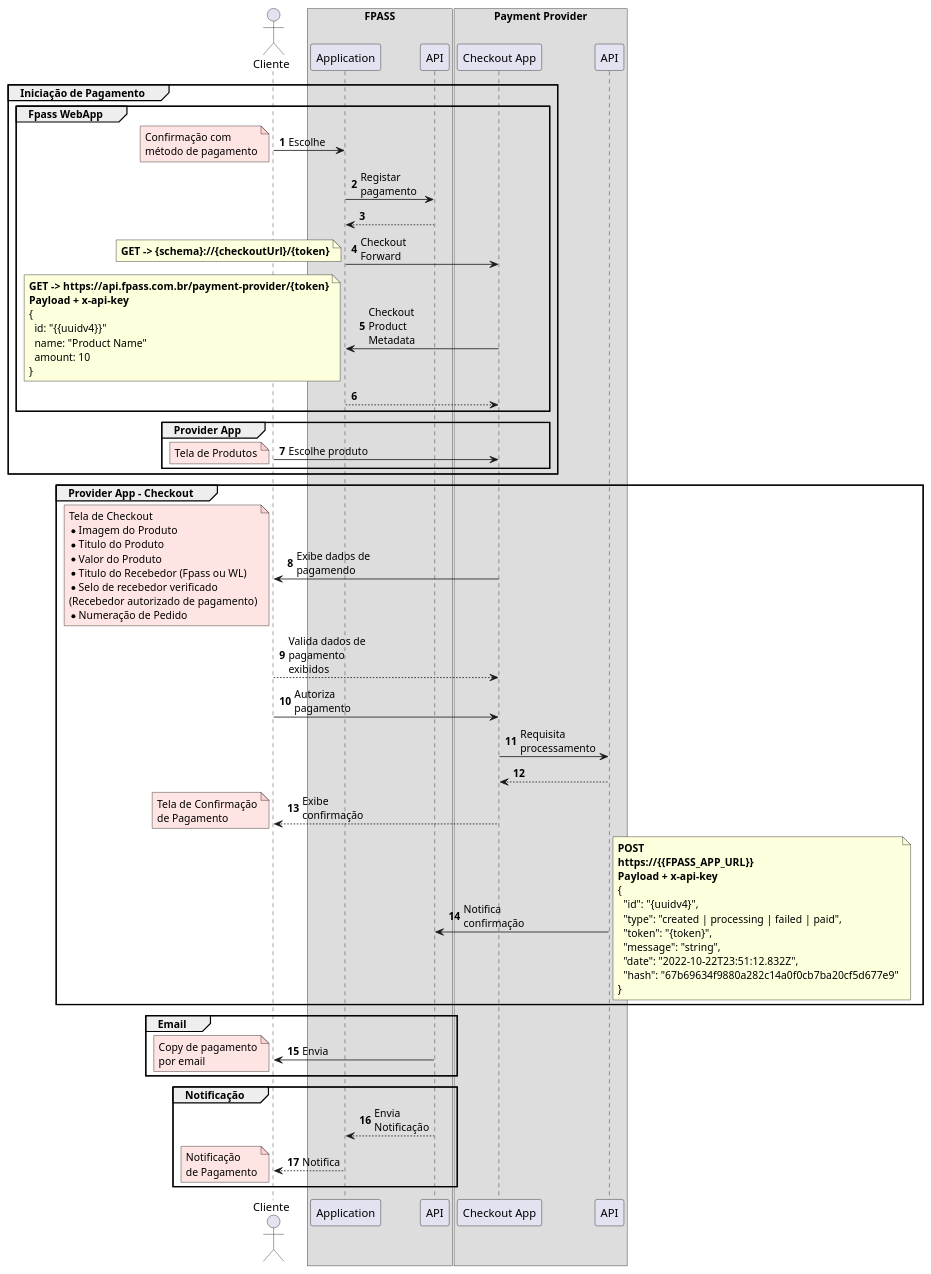
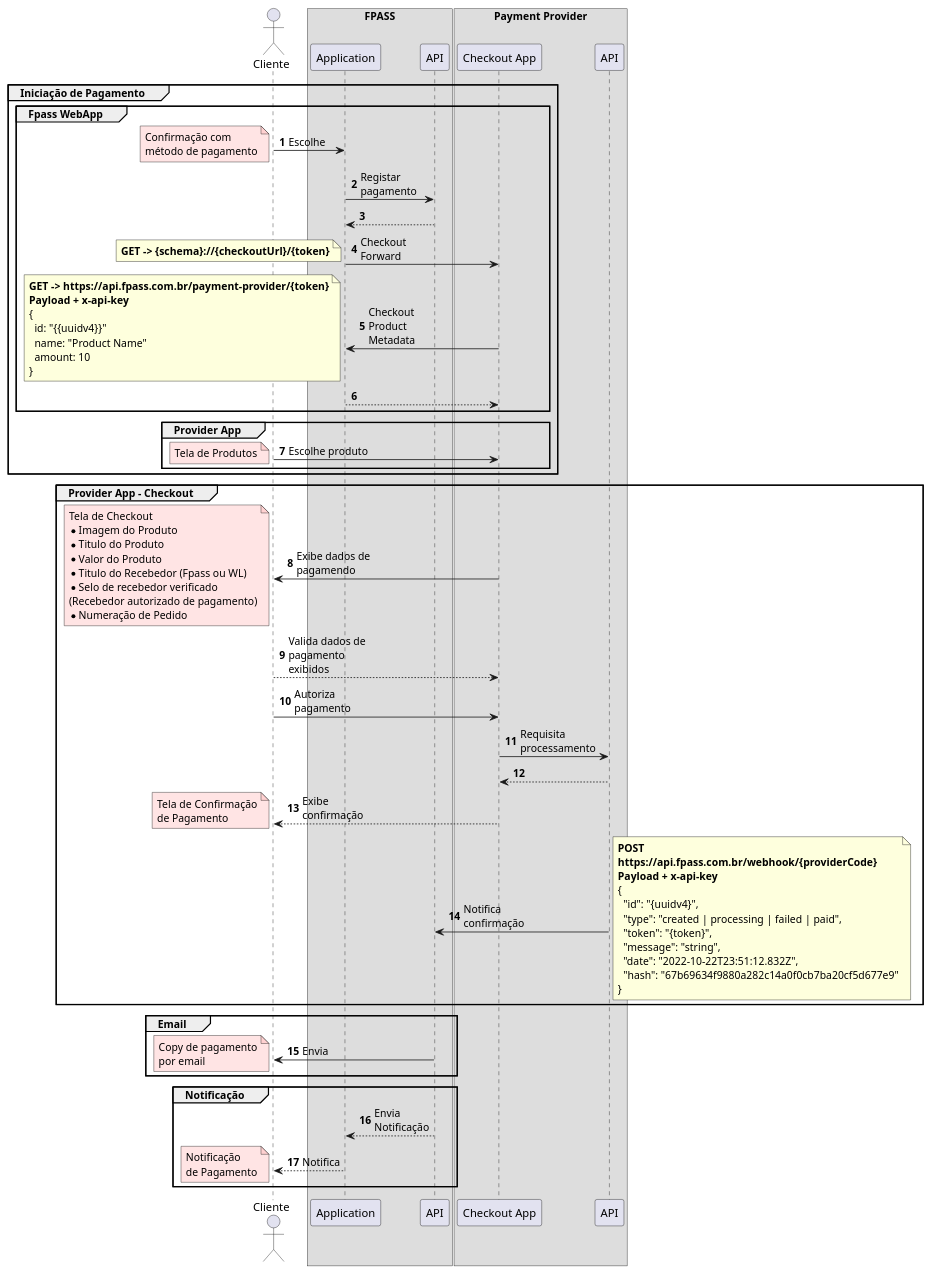
The diagram in uml/overview-systems-integration.iuml (Holding-Fpass/payment-provider-sdk), drawn with PlantUML before and after one commit.

Commit message:
webhook url

```diff
--- a/uml/overview-systems-integration.iuml
+++ b/uml/overview-systems-integration.iuml
@@ -1,104 +1,104 @@
 @startuml FPass Payment Providers
 skinparam maxMessageSize 100
 autonumber
 
 actor Cliente
 
 box FPASS
 participant FpassApp as "Application"
 participant FpassAPI as "API"
 end box
 
 box Payment Provider
 participant PaymentProviderApp as "Checkout App"
 participant PaymentProviderAPI as "API"
 end box
 
 group Iniciação de Pagamento
   group Fpass WebApp
     Cliente -> FpassApp: Escolhe
     note left #FFAAAA50
     Confirmação com
     método de pagamento
     end note
     FpassApp -> FpassAPI: Registar pagamento
     return
     FpassApp -> PaymentProviderApp: Checkout Forward
     note left
       **GET -> {schema}://{checkoutUrl}/{token}**
     end note
     PaymentProviderApp -> FpassApp: Checkout Product Metadata
     note left
       **GET -> https://api.fpass.com.br/payment-provider/{token}**
       **Payload + x-api-key**
       {
         id: "{{uuidv4}}"
         name: "Product Name"
         amount: 10
       }
     end note
     return
   end
 
   group Provider App
     Cliente -> PaymentProviderApp: Escolhe produto
     note left #FFAAAA50
     Tela de Produtos
     end note
   end
 
 end
 
 group Provider App - Checkout
   PaymentProviderApp -> Cliente: Exibe dados de pagamendo
   note left #FFAAAA50
     Tela de Checkout
     * Imagem do Produto
     * Titulo do Produto
     * Valor do Produto
     * Titulo do Recebedor (Fpass ou WL)
     * Selo de recebedor verificado
     (Recebedor autorizado de pagamento)
     * Numeração de Pedido
     end note
   Cliente --> PaymentProviderApp: Valida dados de pagamento exibidos
   Cliente -> PaymentProviderApp: Autoriza pagamento
   PaymentProviderApp -> PaymentProviderAPI: Requisita processamento
   return
   PaymentProviderApp --> Cliente: Exibe confirmação
   note left #FFAAAA50
     Tela de Confirmação
     de Pagamento
   end note
   PaymentProviderAPI -> FpassAPI: Notifica confirmação
   note right
     **POST**
-    **https://{{FPASS_APP_URL}}**
+    **https://api.fpass.com.br/webhook/{providerCode}**
     **Payload + x-api-key**
     {
       "id": "{uuidv4}",
       "type": "created | processing | failed | paid",
       "token": "{token}",
       "message": "string",
       "date": "2022-10-22T23:51:12.832Z",
       "hash": "67b69634f9880a282c14a0f0cb7ba20cf5d677e9"
     }
   end note
 end
 
 group Email
 FpassAPI -> Cliente: Envia
 note left #FFAAAA50
   Copy de pagamento
   por email
 end note
 end
 group Notificação
 FpassAPI --> FpassApp: Envia Notificação
 FpassApp --> Cliente: Notifica
 note left #FFAAAA50
     Notificação
     de Pagamento
   end note
 end
 @enduml
```
